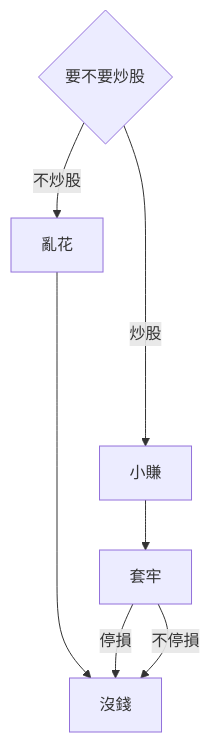
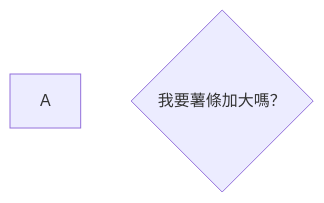
One commit to kuku0508/kuku_note_ver_2 changed the diagram in 知識/程式語言/Mermaid/語法/流程圖/連結目錄/連結的長度.md. Above: the diagram before and after it, drawn with Mermaid. The commit also changed 1 other file, not shown here.

Commit message:
vault backup: 2025-04-25 17:37:11

````diff
--- a/知識/程式語言/Mermaid/語法/流程圖/連結目錄/連結的長度.md
+++ b/知識/程式語言/Mermaid/語法/流程圖/連結目錄/連結的長度.md
@@ -2,15 +2,5 @@
 ```mermaid
 flowchart TD
-A@{shape: diam, label: 要不要炒股}
-B[小賺]
-C[亂花]
-D[沒錢]
-E[套牢]
-
-A --炒股--> B
-A --不炒股--> C
-C ------> D
-B --> E
-E --停損-->D
-E --不停損-->D
+A
+B@{shape: diam, label: 我要薯條加大嗎？}
 ```
````
